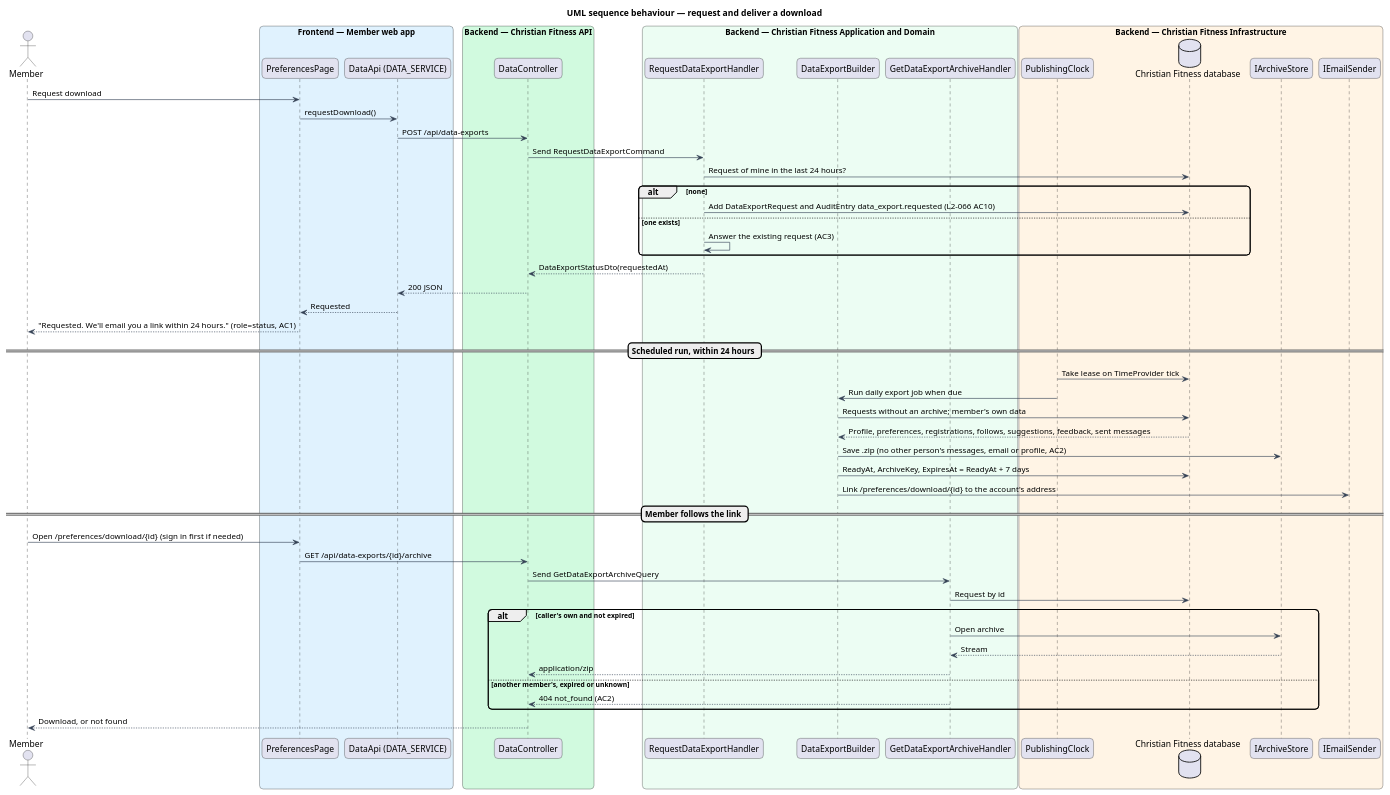
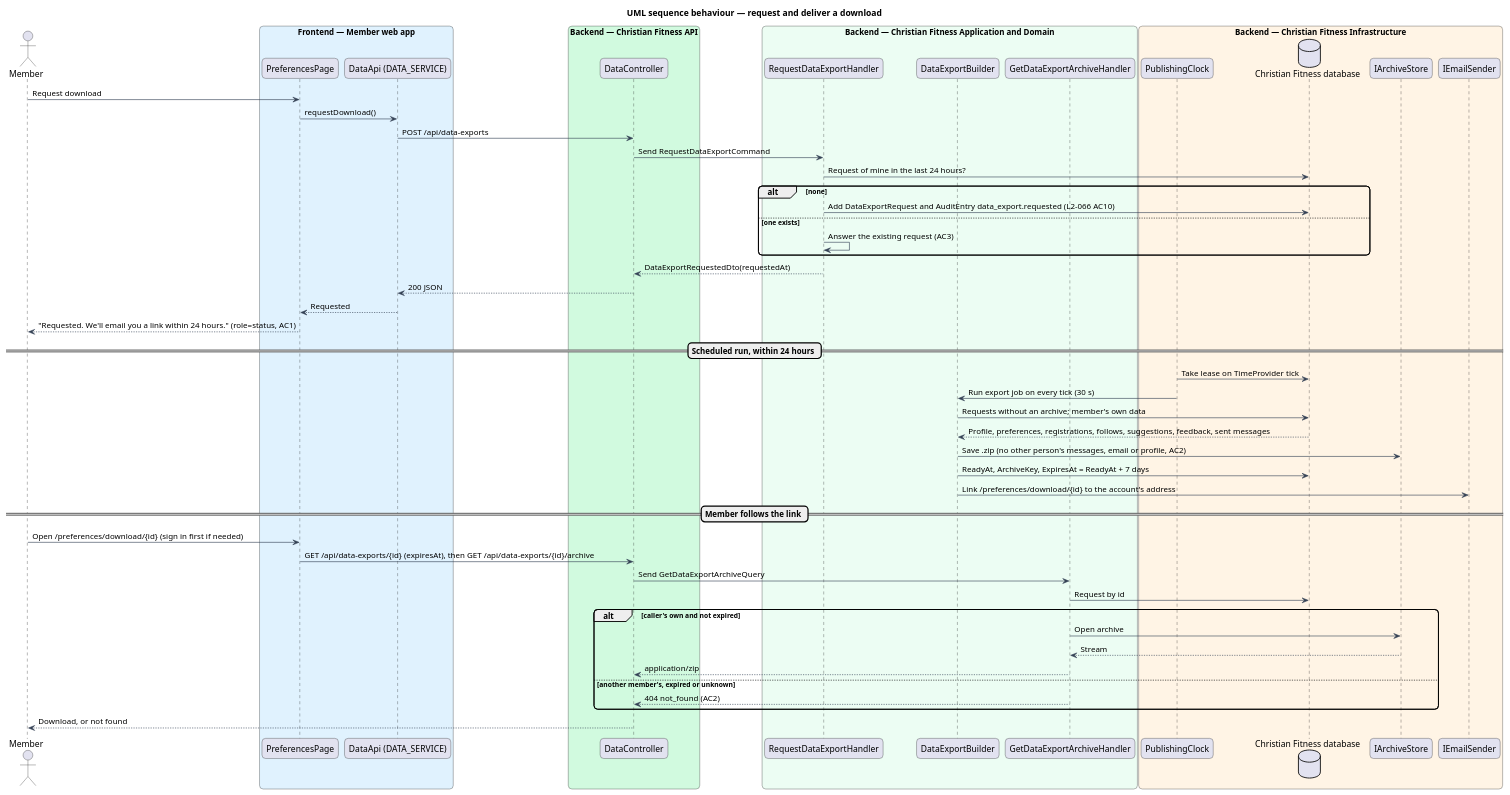
The diagram in docs/detailed-designs/preferences/download-and-delete-data/diagrams/sequence-download.puml (QuinntyneBrown/christian-fitness), drawn with PlantUML before and after one commit. The commit also changed 69 other files, not shown here.

```diff
--- a/docs/detailed-designs/preferences/download-and-delete-data/diagrams/sequence-download.puml
+++ b/docs/detailed-designs/preferences/download-and-delete-data/diagrams/sequence-download.puml
@@ -1,62 +1,62 @@
 @startuml
 title UML sequence behaviour — request and deliver a download
 skinparam backgroundColor #FFFFFF
 skinparam shadowing false
 skinparam roundcorner 12
 skinparam defaultFontName Arial
 skinparam ArrowColor #344054
 actor "Member" as actor
 box "Frontend — Member web app" #E0F2FE
   participant "PreferencesPage" as page
   participant "DataApi (DATA_SERVICE)" as client
 end box
 box "Backend — Christian Fitness API" #D1FADF
   participant "DataController" as ctrl
 end box
 box "Backend — Christian Fitness Application and Domain" #ECFDF3
   participant "RequestDataExportHandler" as req
   participant "DataExportBuilder" as builder
   participant "GetDataExportArchiveHandler" as get
 end box
 box "Backend — Christian Fitness Infrastructure" #FFF4E5
   participant "PublishingClock" as clock
   database "Christian Fitness database" as db
   participant "IArchiveStore" as store
   participant "IEmailSender" as mail
 end box
 actor -> page : Request download
 page -> client : requestDownload()
 client -> ctrl : POST /api/data-exports
 ctrl -> req : Send RequestDataExportCommand
 req -> db : Request of mine in the last 24 hours?
 alt none
   req -> db : Add DataExportRequest and AuditEntry data_export.requested (L2-066 AC10)
 else one exists
   req -> req : Answer the existing request (AC3)
 end
-req --> ctrl : DataExportStatusDto(requestedAt)
+req --> ctrl : DataExportRequestedDto(requestedAt)
 ctrl --> client : 200 JSON
 client --> page : Requested
 page --> actor : "Requested. We'll email you a link within 24 hours." (role=status, AC1)
 == Scheduled run, within 24 hours ==
 clock -> db : Take lease on TimeProvider tick
-clock -> builder : Run daily export job when due
+clock -> builder : Run export job on every tick (30 s)
 builder -> db : Requests without an archive; member's own data
 db --> builder : Profile, preferences, registrations, follows, suggestions, feedback, sent messages
 builder -> store : Save .zip (no other person's messages, email or profile, AC2)
 builder -> db : ReadyAt, ArchiveKey, ExpiresAt = ReadyAt + 7 days
 builder -> mail : Link /preferences/download/{id} to the account's address
 == Member follows the link ==
 actor -> page : Open /preferences/download/{id} (sign in first if needed)
-page -> ctrl : GET /api/data-exports/{id}/archive
+page -> ctrl : GET /api/data-exports/{id} (expiresAt), then GET /api/data-exports/{id}/archive
 ctrl -> get : Send GetDataExportArchiveQuery
 get -> db : Request by id
 alt caller's own and not expired
   get -> store : Open archive
   store --> get : Stream
   get --> ctrl : application/zip
 else another member's, expired or unknown
   get --> ctrl : 404 not_found (AC2)
 end
 ctrl --> actor : Download, or not found
 @enduml
```
